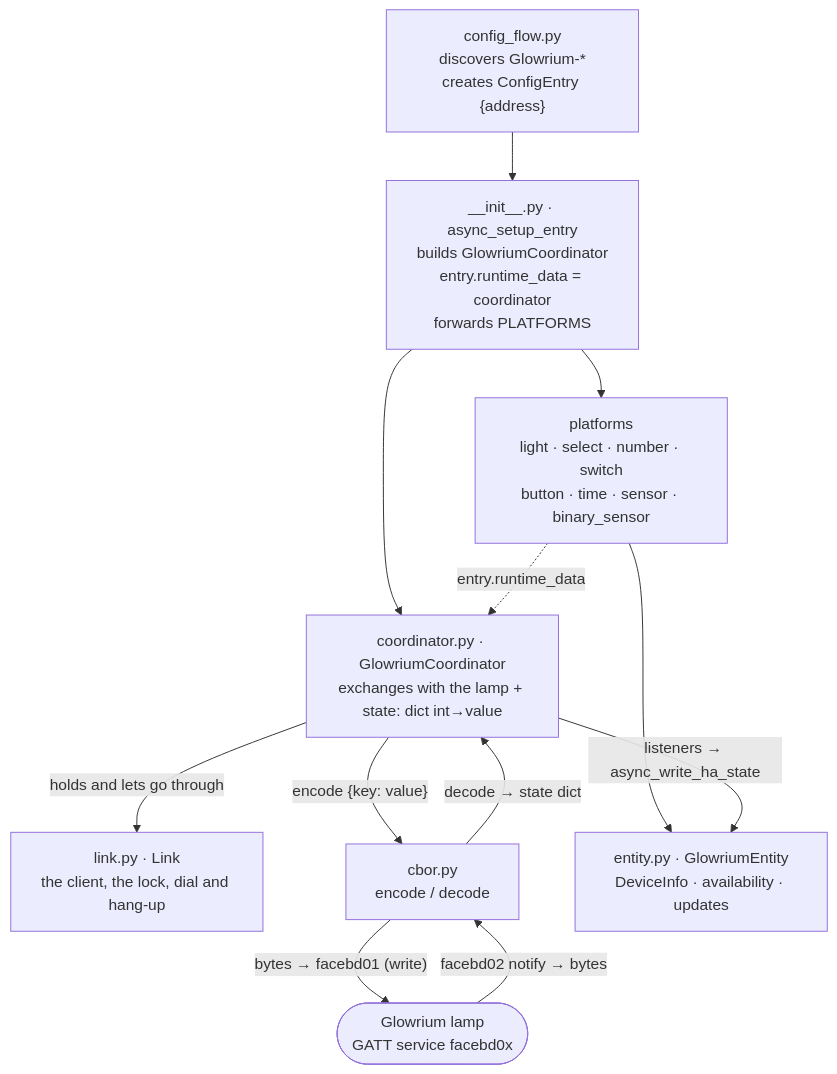
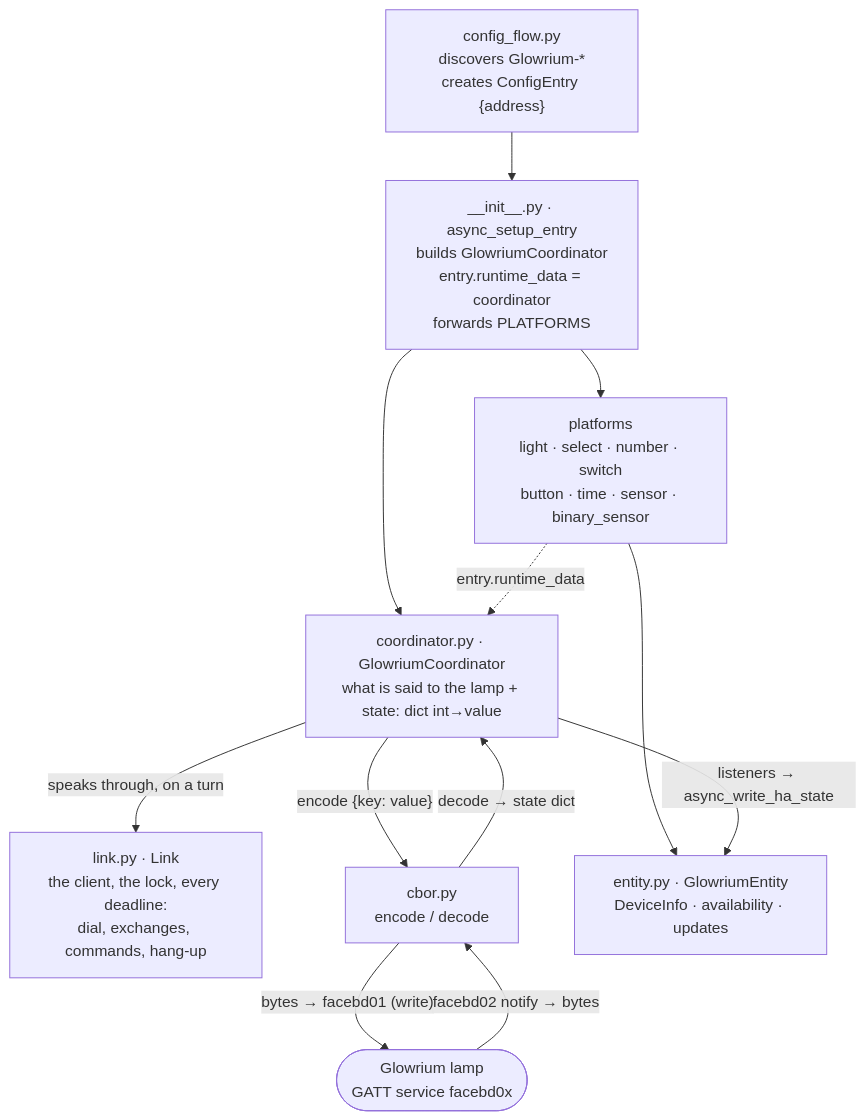
Before and after one commit to kugaevsky/glowrium-ha: the diagram in ARCHITECTURE.md, drawn with Mermaid. The commit also changed other lines of this file and 1 other file, not shown here.

First line of the commit message:
Say in ARCHITECTURE where the link's work is now

````diff
--- a/ARCHITECTURE.md
+++ b/ARCHITECTURE.md
@@ -60,23 +60,23 @@
 ```mermaid
 flowchart TD
     CF["config_flow.py<br/>discovers Glowrium-*<br/>creates ConfigEntry {address}"]
     INIT["__init__.py · async_setup_entry<br/>builds GlowriumCoordinator<br/>entry.runtime_data = coordinator<br/>forwards PLATFORMS"]
-    COORD["coordinator.py · GlowriumCoordinator<br/>exchanges with the lamp + state: dict int→value"]
-    LINK["link.py · Link<br/>the client, the lock, dial and hang-up"]
+    COORD["coordinator.py · GlowriumCoordinator<br/>what is said to the lamp + state: dict int→value"]
+    LINK["link.py · Link<br/>the client, the lock, every deadline:<br/>dial, exchanges, commands, hang-up"]
     CBOR["cbor.py<br/>encode / decode"]
     PLAT["platforms<br/>light · select · number · switch<br/>button · time · sensor · binary_sensor"]
     ENT["entity.py · GlowriumEntity<br/>DeviceInfo · availability · updates"]
     DEV(["Glowrium lamp<br/>GATT service facebd0x"])
 
     CF --> INIT
     INIT --> COORD
-    COORD -->|"holds and lets go through"| LINK
+    COORD -->|"speaks through, on a turn"| LINK
     INIT --> PLAT
     PLAT -. "entry.runtime_data" .-> COORD
     PLAT --> ENT
     COORD -->|"encode {key: value}"| CBOR
     CBOR -->|"bytes → facebd01 (write)"| DEV
     DEV -->|"facebd02 notify → bytes"| CBOR
     CBOR -->|"decode → state dict"| COORD
     COORD -->|"listeners → async_write_ha_state"| ENT
 ```
````
